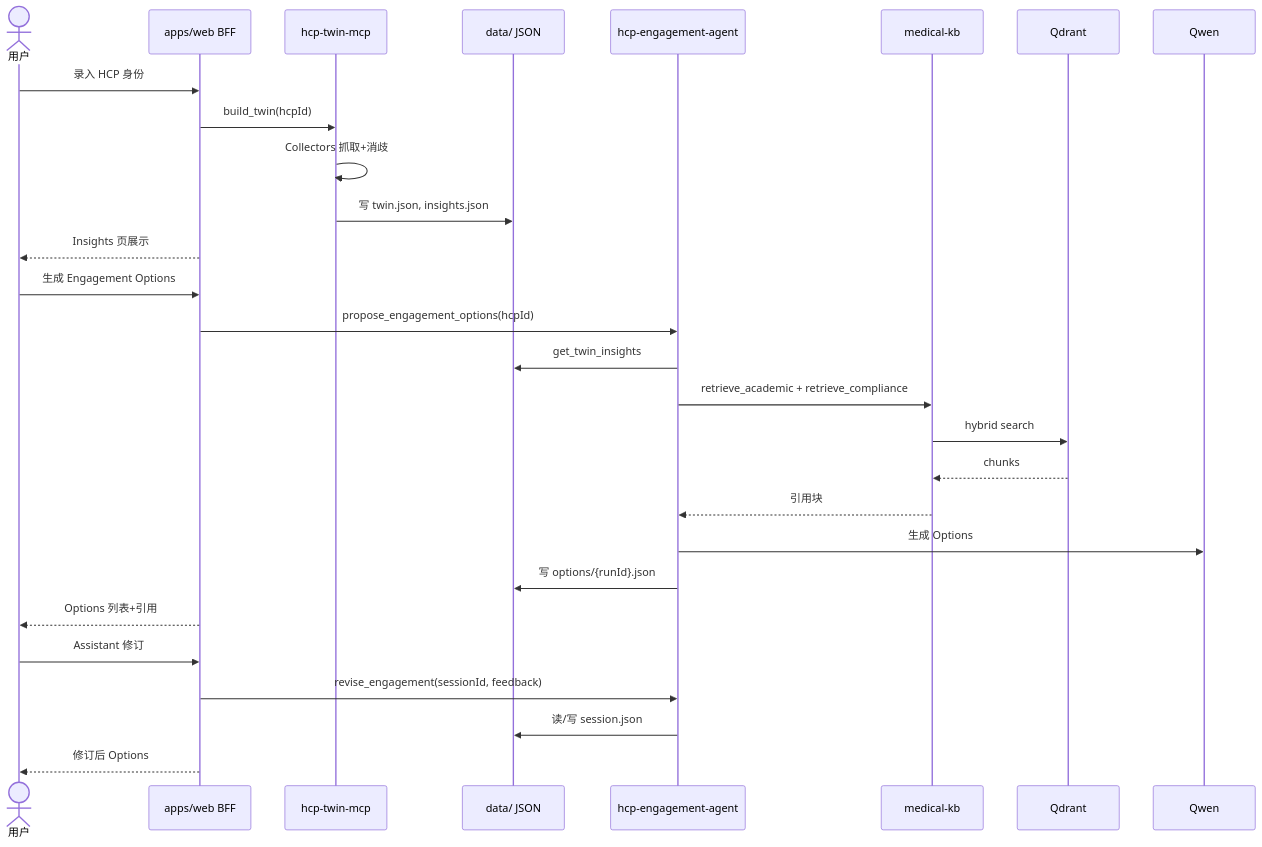
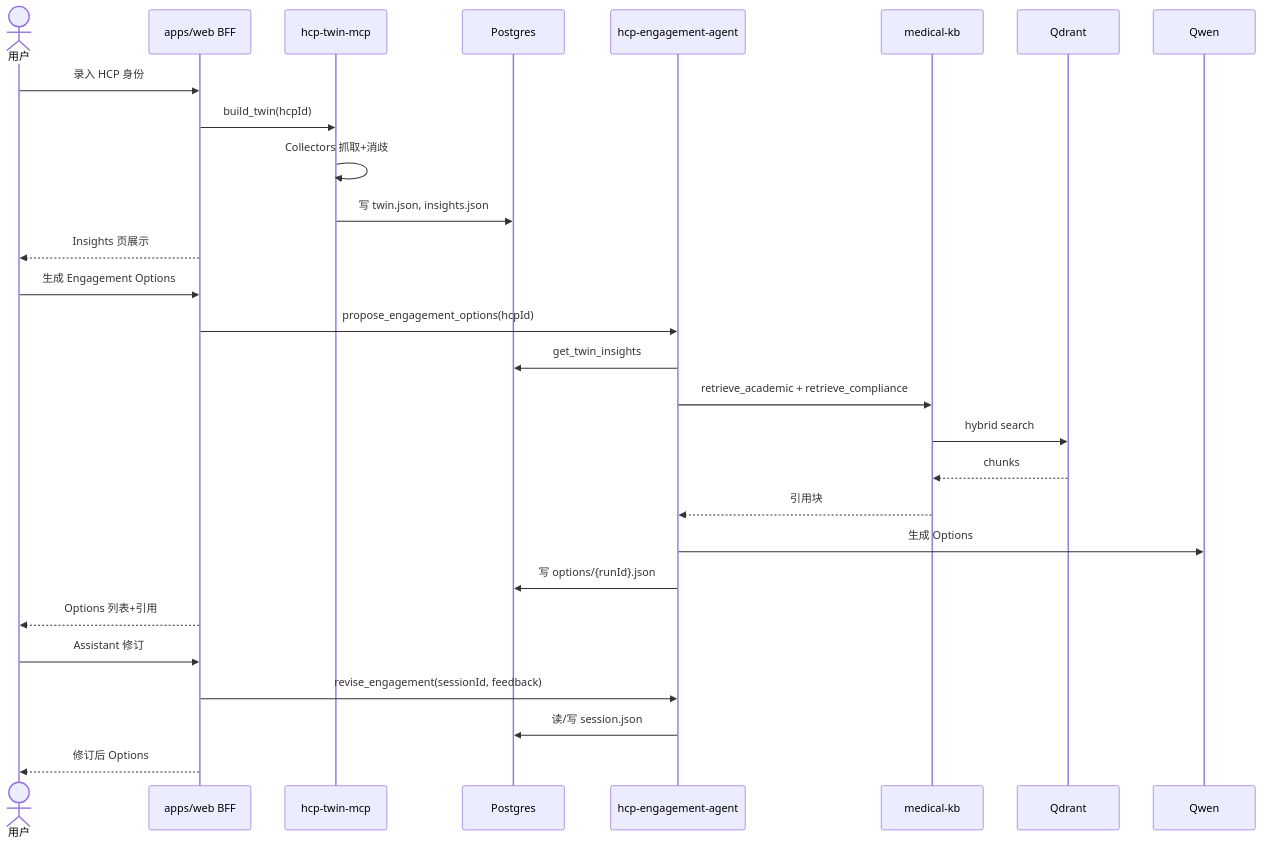
Before and after one commit to ethanhuangcst/hcp-engagement-agent: the third of 3 diagrams in specs/3.architecture.md, drawn with Mermaid. The commit also changed other lines of this file and 24 other files, not shown here.

First line of the commit message:
Document MVP roadmap, designs, UI prototype, and test strategy.

````diff
--- a/specs/3.architecture.md
+++ b/specs/3.architecture.md
@@ -369,33 +369,33 @@
 ```mermaid
 sequenceDiagram
     actor U as 用户
     participant W as apps/web BFF
     participant M as hcp-twin-mcp
-    participant J as data/ JSON
+    participant J as Postgres
     participant A as hcp-engagement-agent
     participant K as medical-kb
     participant Q as Qdrant
     participant L as Qwen
 
     U->>W: 录入 HCP 身份
     W->>M: build_twin(hcpId)
     M->>M: Collectors 抓取+消歧
     M->>J: 写 twin.json, insights.json
     W-->>U: Insights 页展示
 
     U->>W: 生成 Engagement Options
     W->>A: propose_engagement_options(hcpId)
     A->>J: get_twin_insights
     A->>K: retrieve_academic + retrieve_compliance
     K->>Q: hybrid search
     Q-->>K: chunks
     K-->>A: 引用块
     A->>L: 生成 Options
     A->>J: 写 options/{runId}.json
     W-->>U: Options 列表+引用
 
     U->>W: Assistant 修订
     W->>A: revise_engagement(sessionId, feedback)
     A->>J: 读/写 session.json
     W-->>U: 修订后 Options
 ```
````
